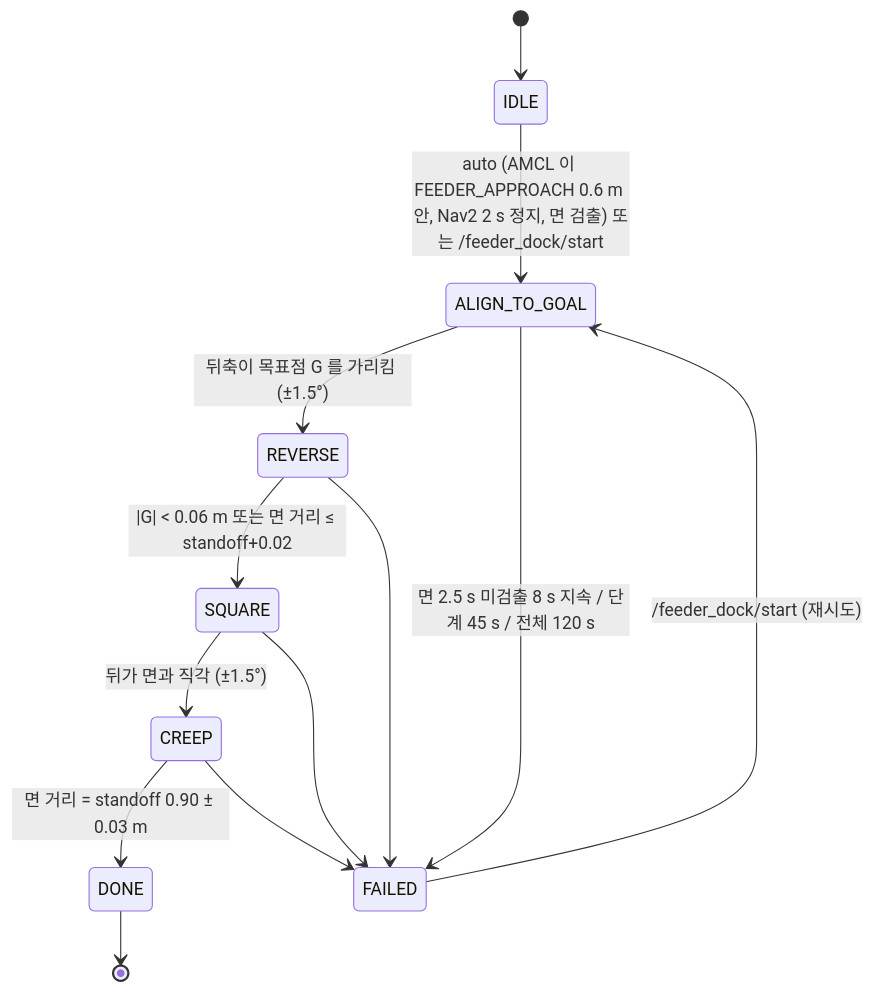
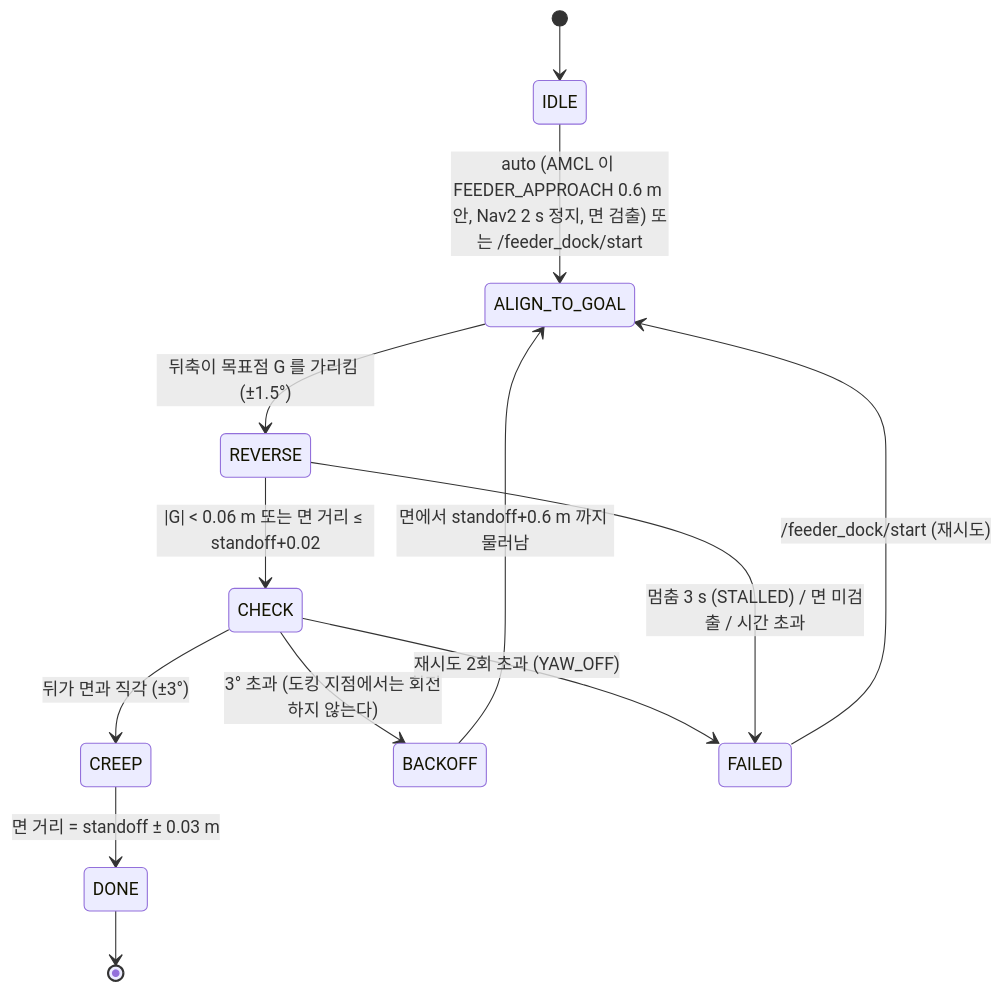
Before and after one commit to shbong06-sketch/ROKEY_P3_A1: the fourth of 4 diagrams in cobot3_ws/src/smart_farm_navigation/docs/architecture.md, drawn with Mermaid. The commit also changed other lines of this file and 7 other files, not shown here.

````diff
--- a/cobot3_ws/src/smart_farm_navigation/docs/architecture.md
+++ b/cobot3_ws/src/smart_farm_navigation/docs/architecture.md
@@ -79,15 +79,15 @@
 ```mermaid
 stateDiagram-v2
     [*] --> IDLE
     IDLE --> ALIGN_TO_GOAL: auto (AMCL 이 FEEDER_APPROACH 0.6 m 안, Nav2 2 s 정지, 면 검출) 또는 /feeder_dock/start
     ALIGN_TO_GOAL --> REVERSE: 뒤축이 목표점 G 를 가리킴 (±1.5°)
-    REVERSE --> SQUARE: |G| < 0.06 m 또는 면 거리 ≤ standoff+0.02
-    SQUARE --> CREEP: 뒤가 면과 직각 (±1.5°)
-    CREEP --> DONE: 면 거리 = standoff 0.90 ± 0.03 m
-    ALIGN_TO_GOAL --> FAILED: 면 2.5 s 미검출 8 s 지속 / 단계 45 s / 전체 120 s
-    REVERSE --> FAILED
-    SQUARE --> FAILED
-    CREEP --> FAILED
+    REVERSE --> CHECK: |G| < 0.06 m 또는 면 거리 ≤ standoff+0.02
+    CHECK --> CREEP: 뒤가 면과 직각 (±3°)
+    CHECK --> BACKOFF: 3° 초과 (도킹 지점에서는 회전하지 않는다)
+    BACKOFF --> ALIGN_TO_GOAL: 면에서 standoff+0.6 m 까지 물러남
+    CREEP --> DONE: 면 거리 = standoff ± 0.03 m
+    CHECK --> FAILED: 재시도 2회 초과 (YAW_OFF)
+    REVERSE --> FAILED: 멈춤 3 s (STALLED) / 면 미검출 / 시간 초과
     DONE --> [*]
     FAILED --> ALIGN_TO_GOAL: /feeder_dock/start (재시도)
 ```
````
